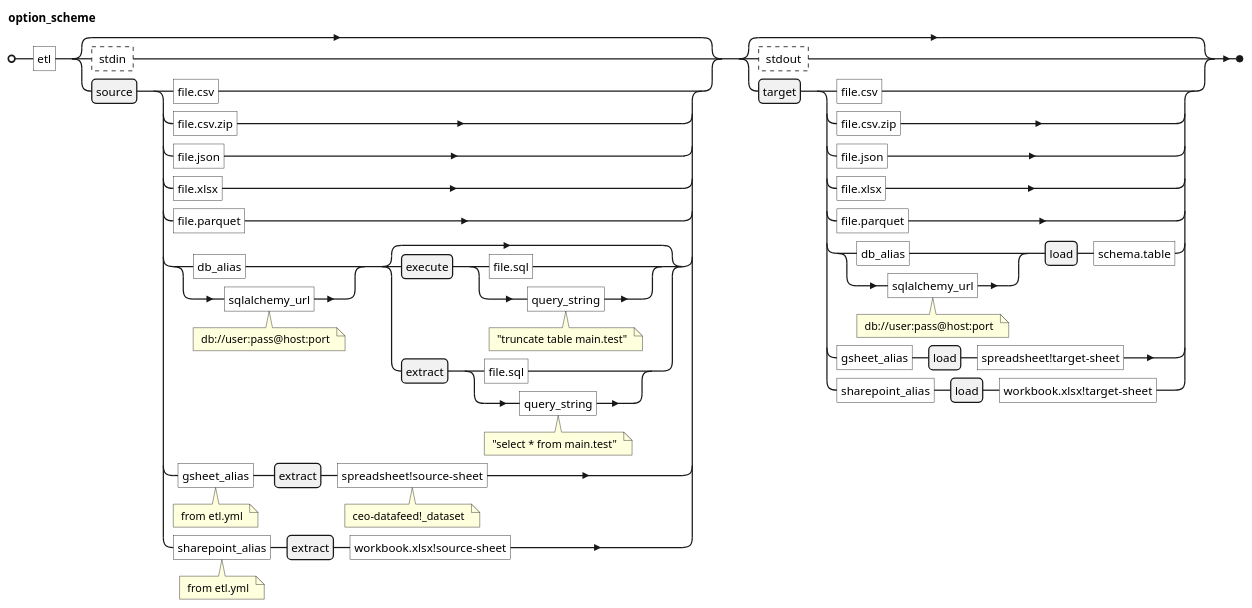
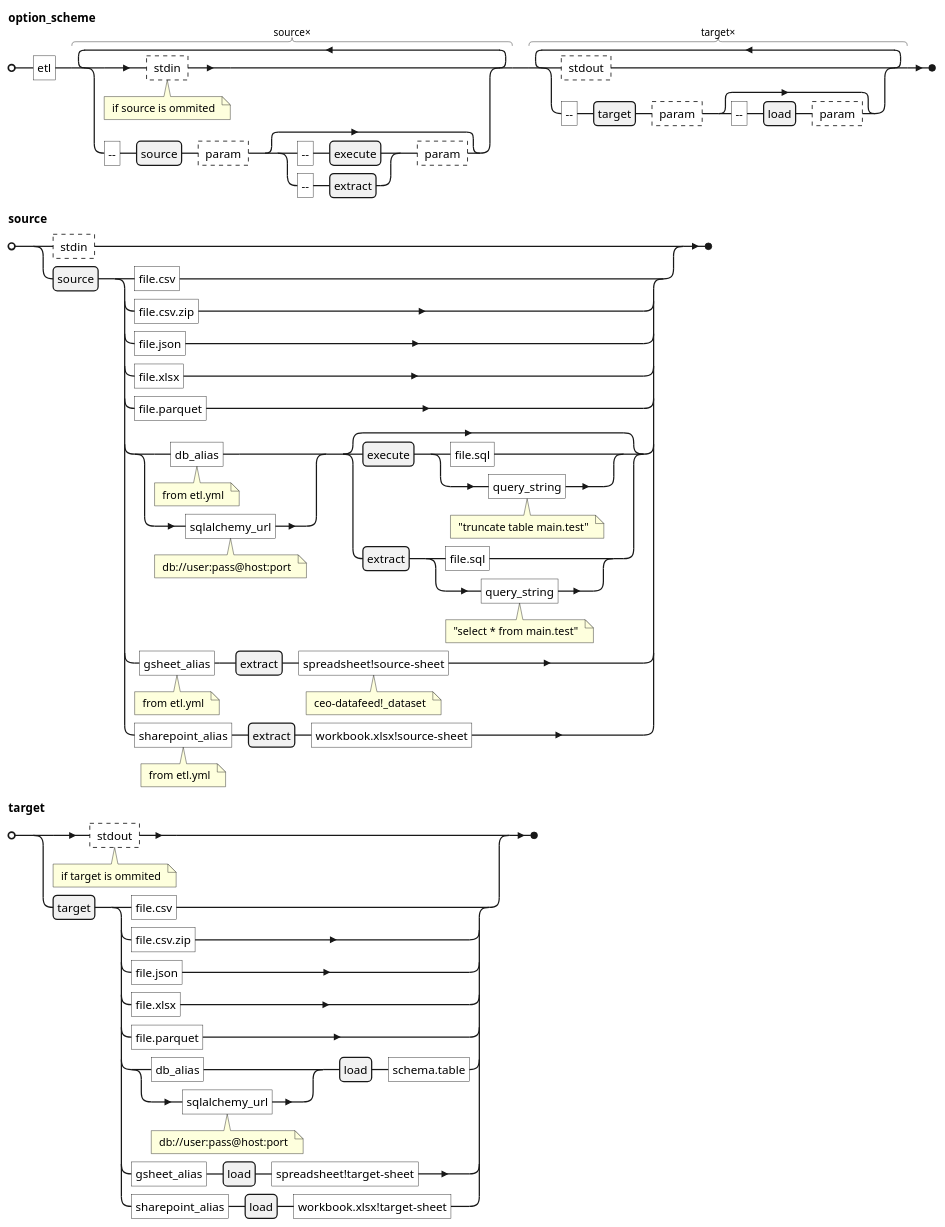
The diagram in options-scheme.puml (ankiano/etl), drawn with PlantUML before and after one commit. The commit also changed 1 other file, not shown here.

```diff
--- a/options-scheme.puml
+++ b/options-scheme.puml
@@ -1,35 +1,52 @@
 @startebnf
 option_scheme = "etl", 
-      [ 
+      source * ( 
+        ? stdin ? (* if source is ommited *)
+      | "--", source, ? param ?, 
+            [ 
+            (
+              "--", execute
+            | "--", extract 
+            ), ? param ?
+            ] 
+      ), 
+      target * ( 
+        ? stdout ? 
+      | "--", target, ? param ?, 
+            [ 
+              "--", load, ? param ?
+            ] 
+      );
+      
+source = ( 
         ? stdin ?
       | ( source, ( 
             "file.csv" 
           | "file.csv.zip" 
           | "file.json" 
           | "file.xlsx" 
           | "file.parquet" 
-          | ( "db_alias" | "sqlalchemy_url" (* db://user:pass@host:port *) ),
+          | ( "db_alias"  (* from etl.yml *) | "sqlalchemy_url" (* db://user:pass@host:port *) ),
             [ 
               ( execute, ( "file.sql" | "query_string" (* "truncate table main.test" *) ) ) 
             | ( extract, ( "file.sql" | "query_string" (* "select * from main.test" *) ) ) 
             ] 
           | "gsheet_alias" (* from etl.yml *), extract, "spreadsheet!source-sheet" (* ceo-datafeed!_dataset *)
           | "sharepoint_alias" (* from etl.yml *), extract, "workbook.xlsx!source-sheet"
         ) )
-      ], 
-      [ 
+      );
+target =
         ( 
-          ? stdout ?
+          ? stdout ? (* if target is ommited *)
         | ( target, ( 
               "file.csv"
             | "file.csv.zip" 
             | "file.json" 
             | "file.xlsx" 
             | "file.parquet" 
             | ( "db_alias" | "sqlalchemy_url" (* db://user:pass@host:port *) ), load, "schema.table"
             | "gsheet_alias", load, "spreadsheet!target-sheet" 
             | "sharepoint_alias", load, "workbook.xlsx!target-sheet"
           ) )
-        )
-      ];
+        );
 @endebnf
```
